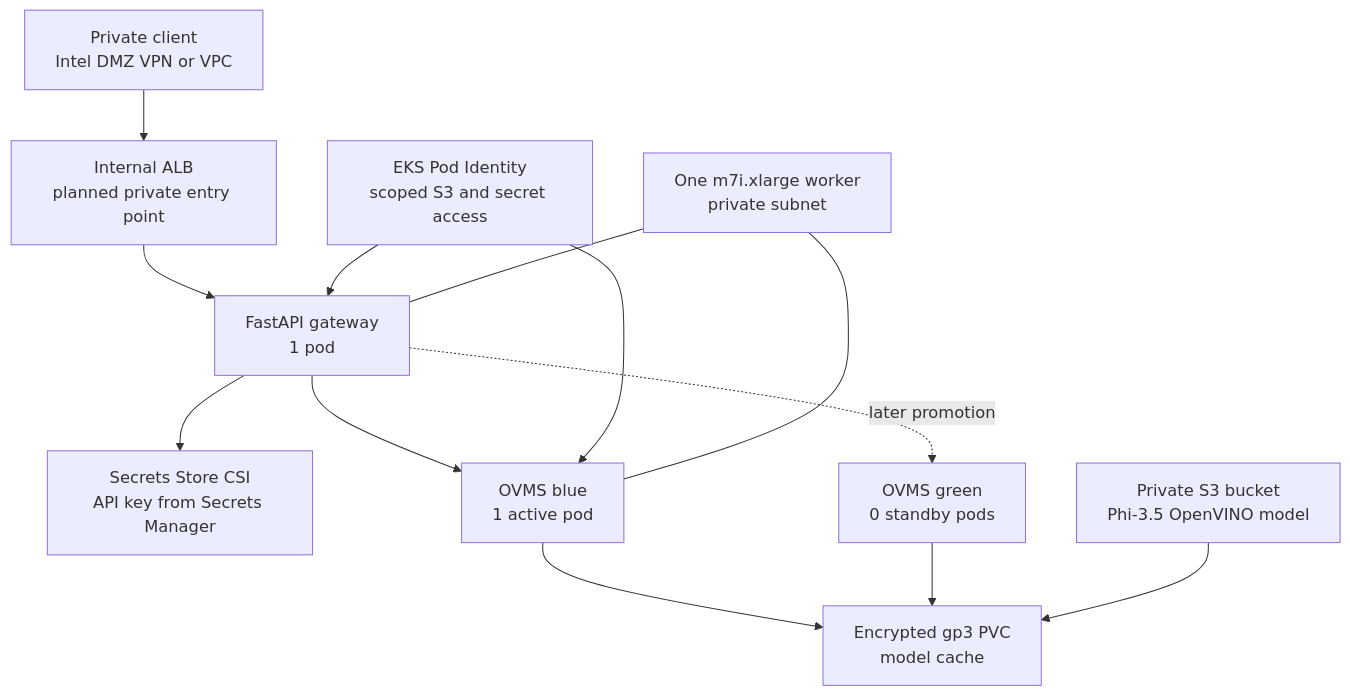
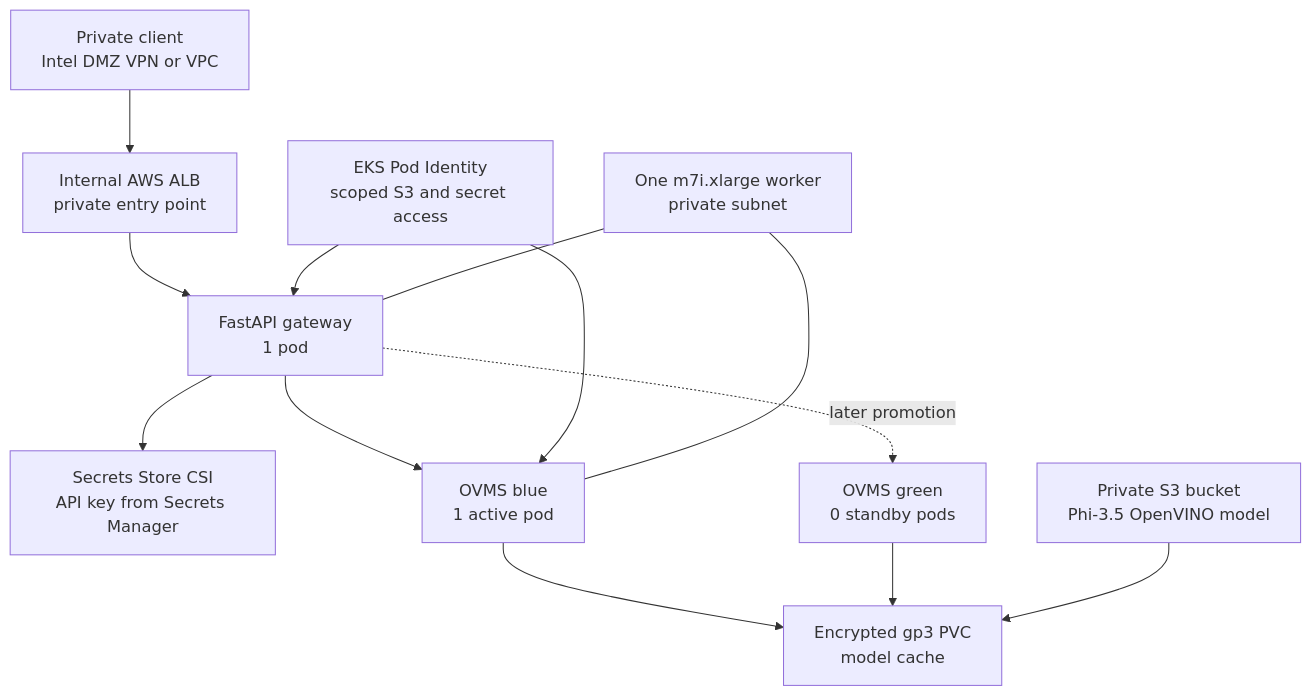
Before and after one commit to tusharkrbarman/k8s: the diagram in README.md, drawn with Mermaid. The commit also changed other lines of this file and 22 other files, not shown here.

````diff
--- a/README.md
+++ b/README.md
@@ -30,24 +30,24 @@
 ```mermaid
 flowchart TB
     Client["Private client<br/>Intel DMZ VPN or VPC"]
-    ALB["Internal ALB<br/>planned private entry point"]
+    ALB["Internal AWS ALB<br/>private entry point"]
     Gateway["FastAPI gateway<br/>1 pod"]
     Secret["Secrets Store CSI<br/>API key from Secrets Manager"]
     Blue["OVMS blue<br/>1 active pod"]
     Green["OVMS green<br/>0 standby pods"]
     PVC["Encrypted gp3 PVC<br/>model cache"]
     S3["Private S3 bucket<br/>Phi-3.5 OpenVINO model"]
     Identity["EKS Pod Identity<br/>scoped S3 and secret access"]
     Worker["One m7i.xlarge worker<br/>private subnet"]
 
     Client --> ALB --> Gateway --> Blue
     Gateway --> Secret
     Gateway -. "later promotion" .-> Green
     Blue --> PVC
     Green --> PVC
     S3 --> PVC
     Identity --> Gateway
     Identity --> Blue
     Worker --- Gateway
     Worker --- Blue
 ```
````
